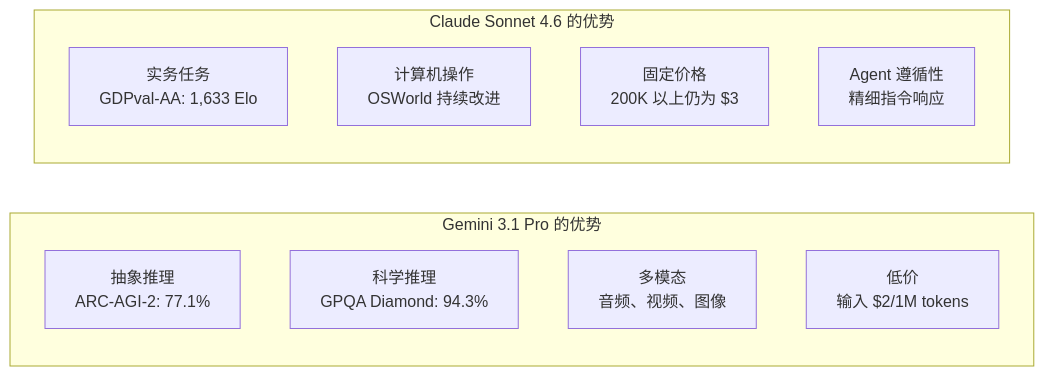
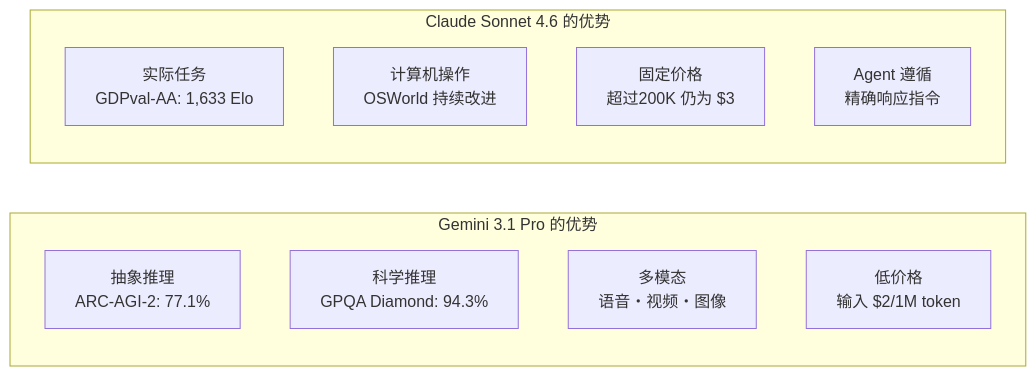
The diagram in articles/zh/2026-03-18-claude-sonnet-gemini-pro-model-race.md (no-problem-dev/rick-brick-content), drawn with Mermaid before and after one commit. The commit also changed other lines of this file and 126 other files, not shown here.

````diff
--- a/articles/zh/2026-03-18-claude-sonnet-gemini-pro-model-race.md
+++ b/articles/zh/2026-03-18-claude-sonnet-gemini-pro-model-race.md
@@ -160,23 +163,23 @@
 ```mermaid
 graph LR
     subgraph Gemini_3.1_Pro["Gemini 3.1 Pro 的优势"]
         A[抽象推理
 ARC-AGI-2: 77.1%]
         B[科学推理
 GPQA Diamond: 94.3%]
         C[多模态
-音频、视频、图像]
-        D[低价
-输入 $2/1M tokens]
+语音・视频・图像]
+        D[低价格
+输入 $2/1M token]
     end
     subgraph Claude_Sonnet_4_6["Claude Sonnet 4.6 的优势"]
-        E[实务任务
+        E[实际任务
 GDPval-AA: 1,633 Elo]
         F[计算机操作
 OSWorld 持续改进]
         G[固定价格
-200K 以上仍为 $3]
-        H[Agent 遵循性
-精细指令响应]
+超过200K 仍为 $3]
+        H[Agent 遵循
+精确响应指令]
     end
 ```
````
